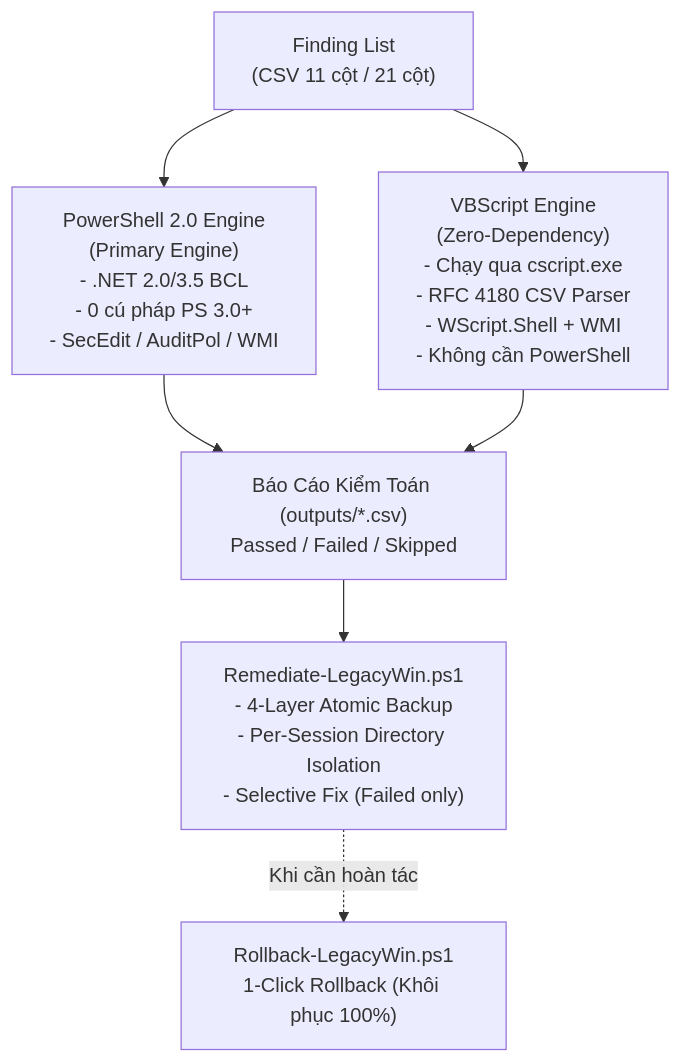
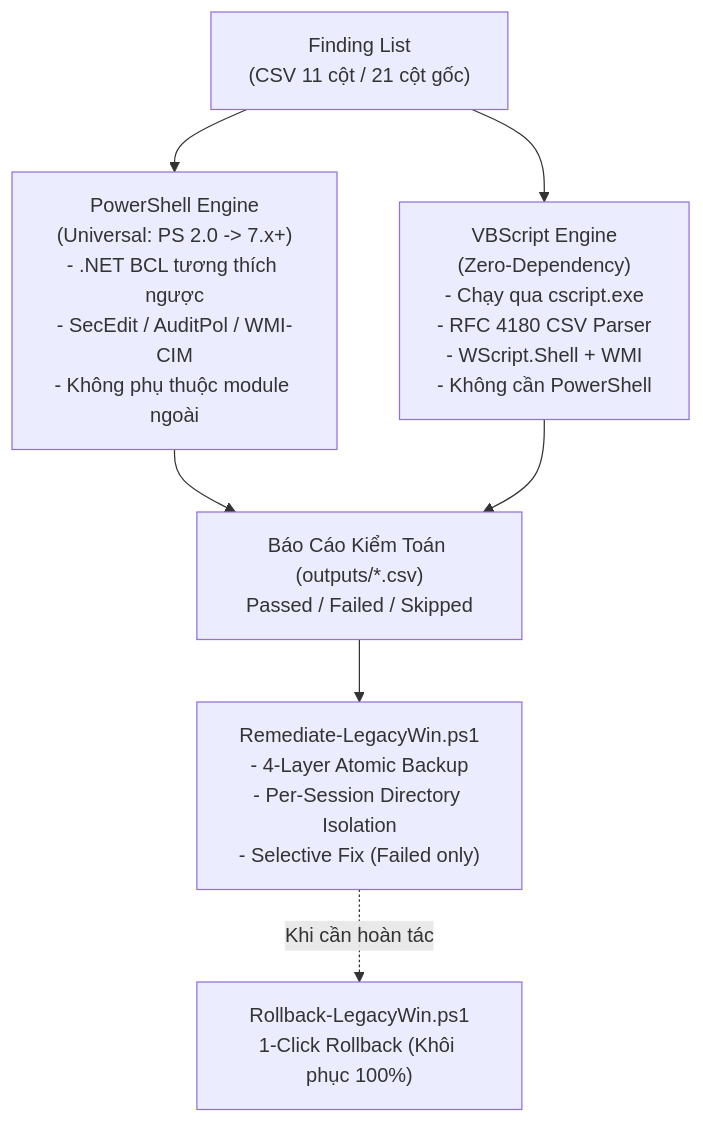
One commit to Agents-Coding-Space/HardeningNCS changed the diagram in README.md. Above: the diagram before and after it, drawn with Mermaid. The commit also changed other lines of this file, not shown here.

Commit message:
docs: generalize OS scope, clarify PowerShell runtime matrix, and add OS compatibility table

````diff
--- a/README.md
+++ b/README.md
@@ -50,20 +59,20 @@
 ```mermaid
 flowchart TD
-    FindingList["Finding List<br/>(CSV 11 cột / 21 cột)"]
+    FindingList["Finding List<br/>(CSV 11 cột / 21 cột gốc)"]
 
-    PS2["PowerShell 2.0 Engine<br/>(Primary Engine)<br/>- .NET 2.0/3.5 BCL<br/>- 0 cú pháp PS 3.0+<br/>- SecEdit / AuditPol / WMI"]
+    PS2["PowerShell Engine<br/>(Universal: PS 2.0 -> 7.x+)<br/>- .NET BCL tương thích ngược<br/>- SecEdit / AuditPol / WMI-CIM<br/>- Không phụ thuộc module ngoài"]
     VBS["VBScript Engine<br/>(Zero-Dependency)<br/>- Chạy qua cscript.exe<br/>- RFC 4180 CSV Parser<br/>- WScript.Shell + WMI<br/>- Không cần PowerShell"]
 
     Report["Báo Cáo Kiểm Toán (outputs/*.csv)<br/>Passed / Failed / Skipped"]
 
     Remediate["Remediate-LegacyWin.ps1<br/>- 4-Layer Atomic Backup<br/>- Per-Session Directory Isolation<br/>- Selective Fix (Failed only)"]
 
     Rollback["Rollback-LegacyWin.ps1<br/>1-Click Rollback (Khôi phục 100%)"]
 
     FindingList --> PS2
     FindingList --> VBS
     PS2 --> Report
     VBS --> Report
     Report --> Remediate
     Remediate -.->|Khi cần hoàn tác| Rollback
 ```
````
